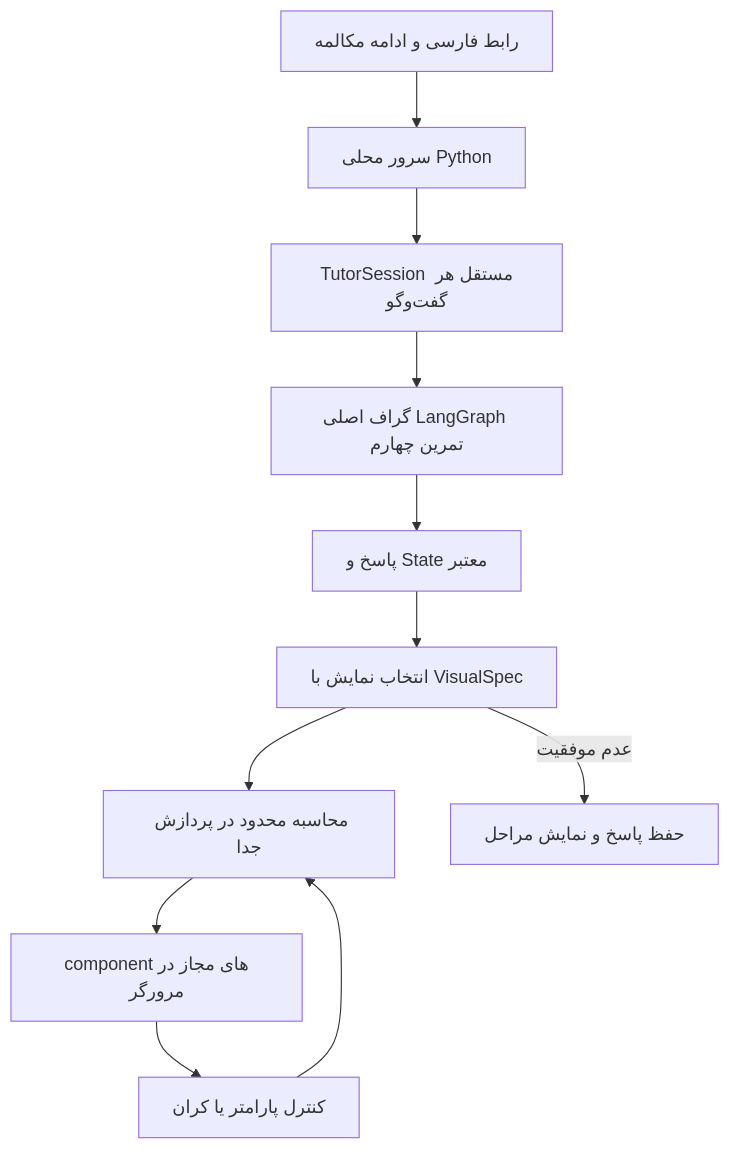
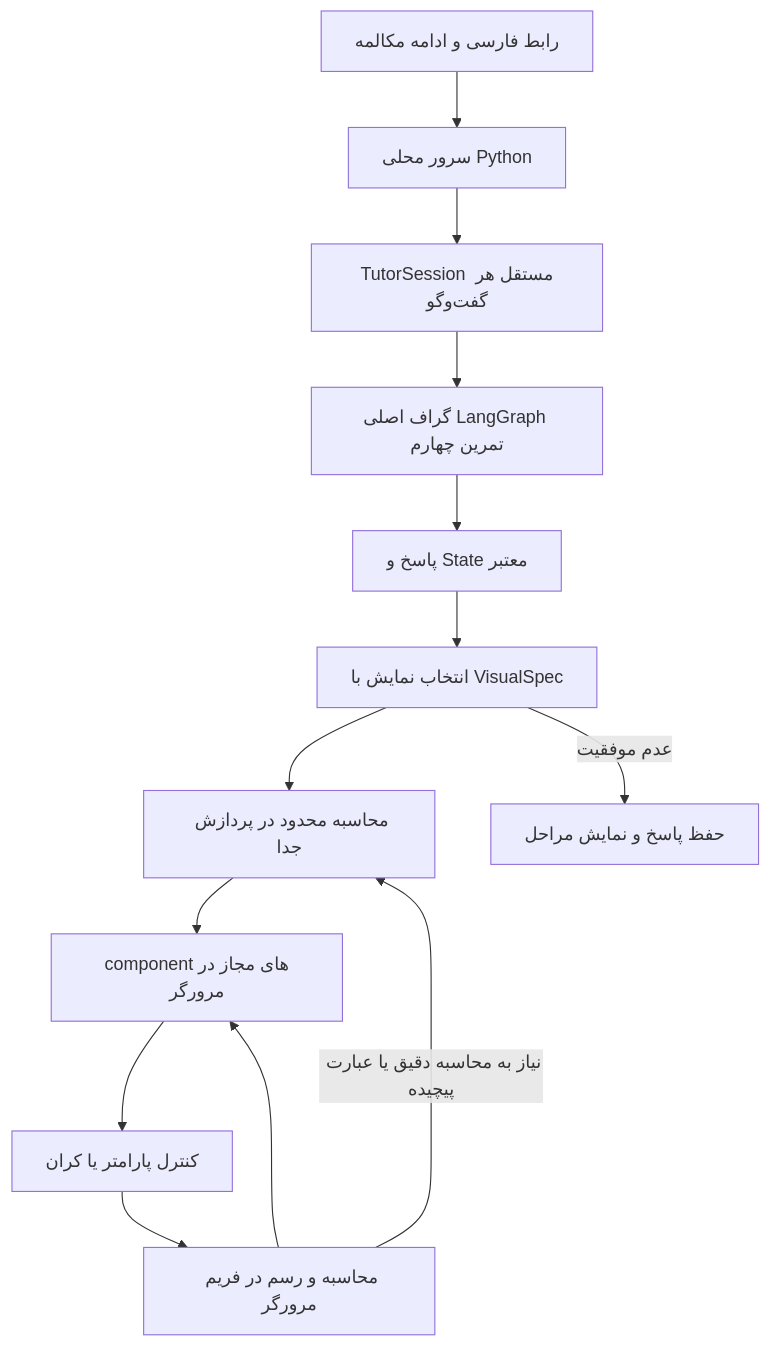
One commit to mohsenalipour/starcoach-hw05-generative-math-ui changed the diagram in ARCHITECTURE.md. Above: the diagram before and after it, drawn with Mermaid. The commit also changed other lines of this file and 7 other files, not shown here.

````diff
--- a/ARCHITECTURE.md
+++ b/ARCHITECTURE.md
@@ -5,13 +5,15 @@
 ```mermaid
 flowchart TD
     UI[رابط فارسی و ادامه مکالمه] --> API[سرور محلی Python]
     API --> SESSION[TutorSession مستقل هر گفت‌وگو]
     SESSION --> CORE[گراف اصلی LangGraph تمرین چهارم]
     CORE --> STATE[پاسخ و State معتبر]
     STATE --> PLAN[انتخاب نمایش با VisualSpec]
     PLAN --> WORKER[محاسبه محدود در پردازش جدا]
     WORKER --> RENDER[componentهای مجاز در مرورگر]
     RENDER --> CONTROLS[کنترل پارامتر یا کران]
-    CONTROLS --> WORKER
+    CONTROLS --> LOCAL[محاسبه و رسم در فریم مرورگر]
+    LOCAL --> RENDER
+    LOCAL -->|نیاز به محاسبه دقیق یا عبارت پیچیده| WORKER
     PLAN -->|عدم موفقیت| STEPS[حفظ پاسخ و نمایش مراحل]
 ```
````
